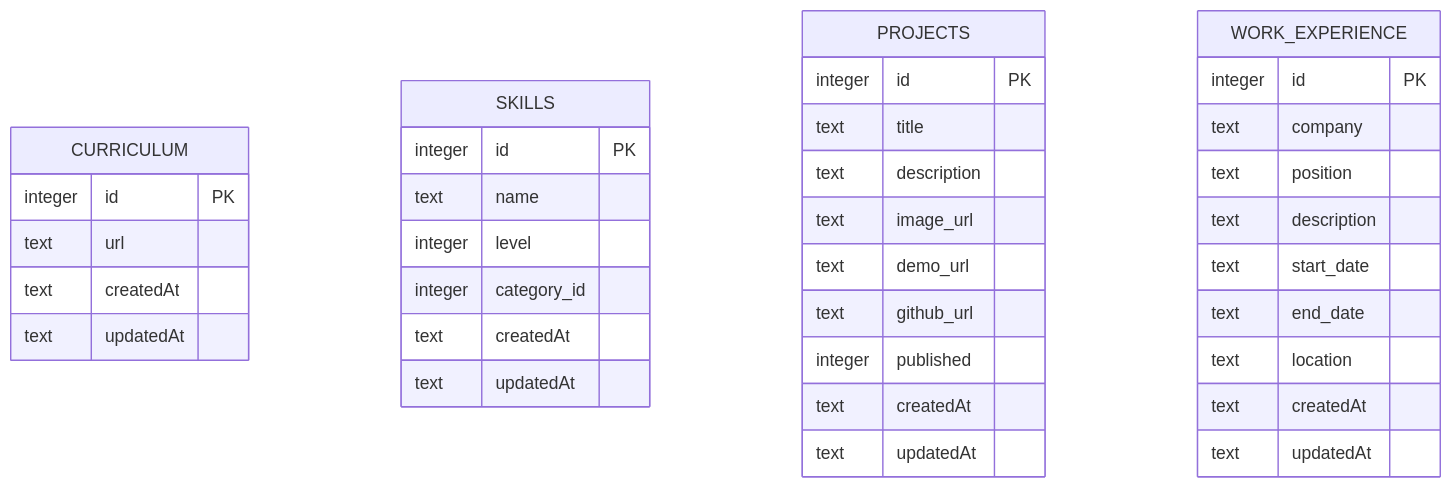
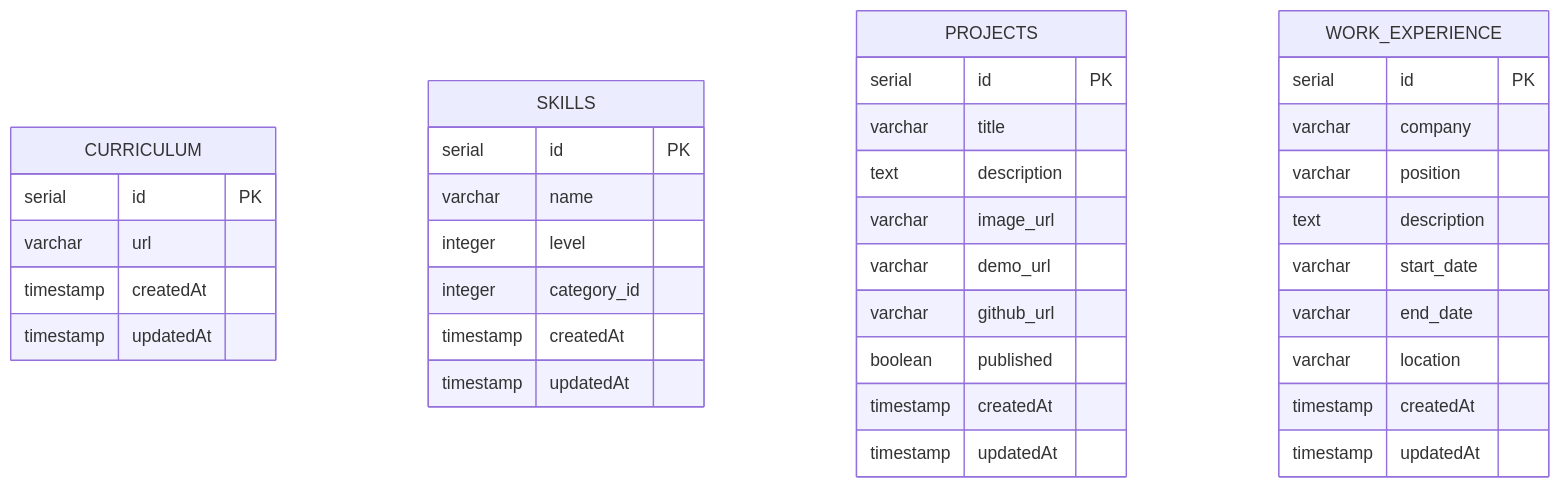
One commit to IsaiaScope/monorepoonfire changed the third of 3 diagrams in doc/backend-guide.md. Above: the diagram before and after it, drawn with Mermaid. The commit also changed other lines of this file and 48 other files, not shown here.

````diff
--- a/doc/backend-guide.md
+++ b/doc/backend-guide.md
@@ -137,42 +125,42 @@
 ```mermaid
 erDiagram
     CURRICULUM {
-        integer id PK
-        text url
-        text createdAt
-        text updatedAt
+        serial id PK
+        varchar url
+        timestamp createdAt
+        timestamp updatedAt
     }
 
     SKILLS {
-        integer id PK
-        text name
+        serial id PK
+        varchar name
         integer level
         integer category_id
-        text createdAt
-        text updatedAt
+        timestamp createdAt
+        timestamp updatedAt
     }
 
     PROJECTS {
-        integer id PK
-        text title
+        serial id PK
+        varchar title
         text description
-        text image_url
-        text demo_url
-        text github_url
-        integer published
-        text createdAt
-        text updatedAt
+        varchar image_url
+        varchar demo_url
+        varchar github_url
+        boolean published
+        timestamp createdAt
+        timestamp updatedAt
     }
 
     WORK_EXPERIENCE {
-        integer id PK
-        text company
-        text position
+        serial id PK
+        varchar company
+        varchar position
         text description
-        text start_date
-        text end_date
-        text location
-        text createdAt
-        text updatedAt
+        varchar start_date
+        varchar end_date
+        varchar location
+        timestamp createdAt
+        timestamp updatedAt
     }
 ```
````
